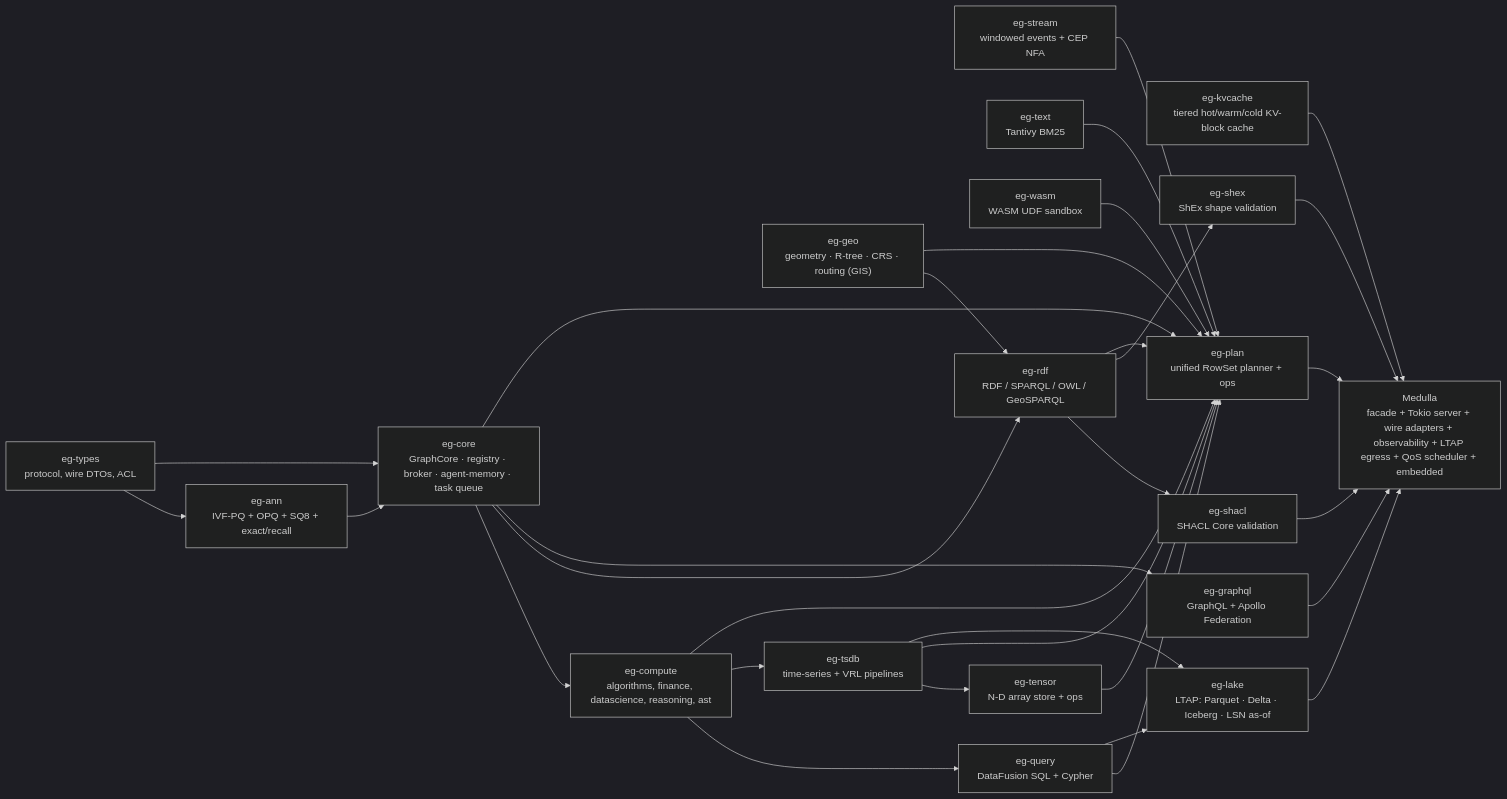
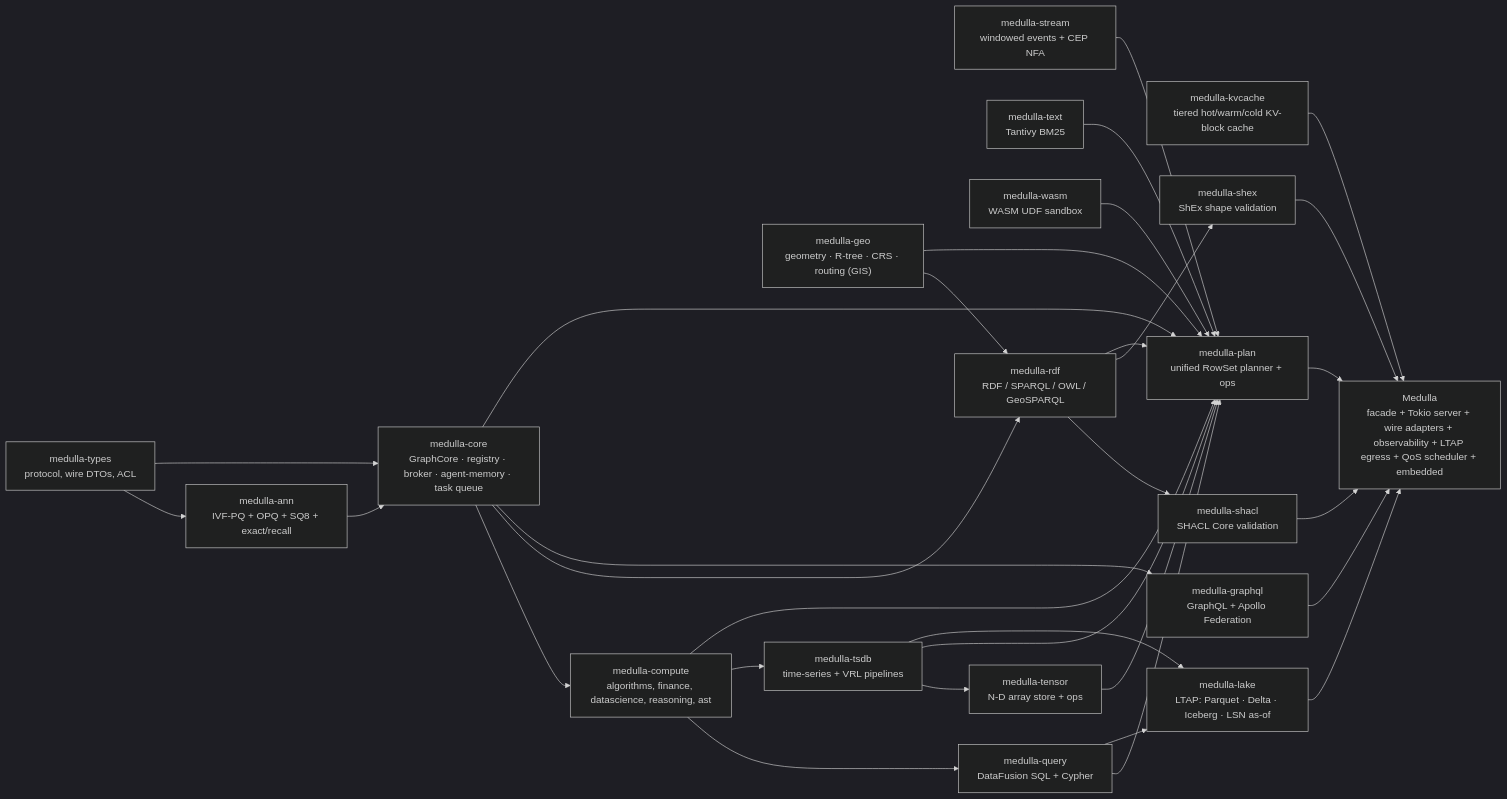
One commit to Knuckles-Team/epistemic-graph changed the second of 3 diagrams in docs/overview.md. Above: the diagram before and after it, drawn with Mermaid (dark theme). The commit also changed other lines of this file and 5990 other files, not shown here.

First line of the commit message:
refactor!: rename epistemic-graph to medulla end to end (hard cutover)

````diff
--- a/docs/overview.md
+++ b/docs/overview.md
@@ -55,47 +55,47 @@
 ```mermaid
 flowchart LR
-    EGT["eg-types<br/>protocol, wire DTOs, ACL"]
-    EGANN["eg-ann<br/>IVF-PQ + OPQ + SQ8 + exact/recall"]
-    EGGEO["eg-geo<br/>geometry · R-tree · CRS · routing (GIS)"]
-    EGSTREAM["eg-stream<br/>windowed events + CEP NFA"]
-    EGKV["eg-kvcache<br/>tiered hot/warm/cold KV-block cache"]
-    EGTEXT["eg-text<br/>Tantivy BM25"]
-    EGWASM["eg-wasm<br/>WASM UDF sandbox"]
-    EGCORE["eg-core<br/>GraphCore · registry · broker · agent-memory · task queue"]
-    EGCOMPUTE["eg-compute<br/>algorithms, finance, datascience, reasoning, ast"]
-    EGQUERY["eg-query<br/>DataFusion SQL + Cypher"]
-    EGTSDB["eg-tsdb<br/>time-series + VRL pipelines"]
-    EGTENSOR["eg-tensor<br/>N-D array store + ops"]
-    EGRDF["eg-rdf<br/>RDF / SPARQL / OWL / GeoSPARQL"]
-    EGSHACL["eg-shacl<br/>SHACL Core validation"]
-    EGSHEX["eg-shex<br/>ShEx shape validation"]
-    EGPLAN["eg-plan<br/>unified RowSet planner + ops"]
-    EGGQL["eg-graphql<br/>GraphQL + Apollo Federation"]
-    EGLAKE["eg-lake<br/>LTAP: Parquet · Delta · Iceberg · LSN as-of"]
+    EGT["medulla-types<br/>protocol, wire DTOs, ACL"]
+    EGANN["medulla-ann<br/>IVF-PQ + OPQ + SQ8 + exact/recall"]
+    EGGEO["medulla-geo<br/>geometry · R-tree · CRS · routing (GIS)"]
+    EGSTREAM["medulla-stream<br/>windowed events + CEP NFA"]
+    EGKV["medulla-kvcache<br/>tiered hot/warm/cold KV-block cache"]
+    EGTEXT["medulla-text<br/>Tantivy BM25"]
+    EGWASM["medulla-wasm<br/>WASM UDF sandbox"]
+    EGCORE["medulla-core<br/>GraphCore · registry · broker · agent-memory · task queue"]
+    EGCOMPUTE["medulla-compute<br/>algorithms, finance, datascience, reasoning, ast"]
+    EGQUERY["medulla-query<br/>DataFusion SQL + Cypher"]
+    EGTSDB["medulla-tsdb<br/>time-series + VRL pipelines"]
+    EGTENSOR["medulla-tensor<br/>N-D array store + ops"]
+    EGRDF["medulla-rdf<br/>RDF / SPARQL / OWL / GeoSPARQL"]
+    EGSHACL["medulla-shacl<br/>SHACL Core validation"]
+    EGSHEX["medulla-shex<br/>ShEx shape validation"]
+    EGPLAN["medulla-plan<br/>unified RowSet planner + ops"]
+    EGGQL["medulla-graphql<br/>GraphQL + Apollo Federation"]
+    EGLAKE["medulla-lake<br/>LTAP: Parquet · Delta · Iceberg · LSN as-of"]
     FACADE["Medulla<br/>facade + Tokio server + wire adapters + observability + LTAP egress + QoS scheduler + embedded"]
 
     EGT --> EGANN --> EGCORE
     EGT --> EGCORE
     EGCORE --> EGCOMPUTE --> EGQUERY
     EGCOMPUTE --> EGTSDB --> EGTENSOR
     EGGEO --> EGRDF
     EGCORE --> EGRDF --> EGSHACL
     EGRDF --> EGSHEX
     EGCORE --> EGGQL --> FACADE
     EGCOMPUTE --> EGPLAN
     EGCORE --> EGPLAN
     EGQUERY --> EGPLAN
     EGRDF --> EGPLAN
     EGTSDB --> EGPLAN
     EGTENSOR --> EGPLAN
     EGTEXT --> EGPLAN
     EGWASM --> EGPLAN
     EGGEO --> EGPLAN
     EGSTREAM --> EGPLAN
     EGPLAN --> FACADE
     EGSHACL --> FACADE
     EGSHEX --> FACADE
     EGKV --> FACADE
     EGQUERY --> EGLAKE --> FACADE
     EGTSDB --> EGLAKE
 ```
````
